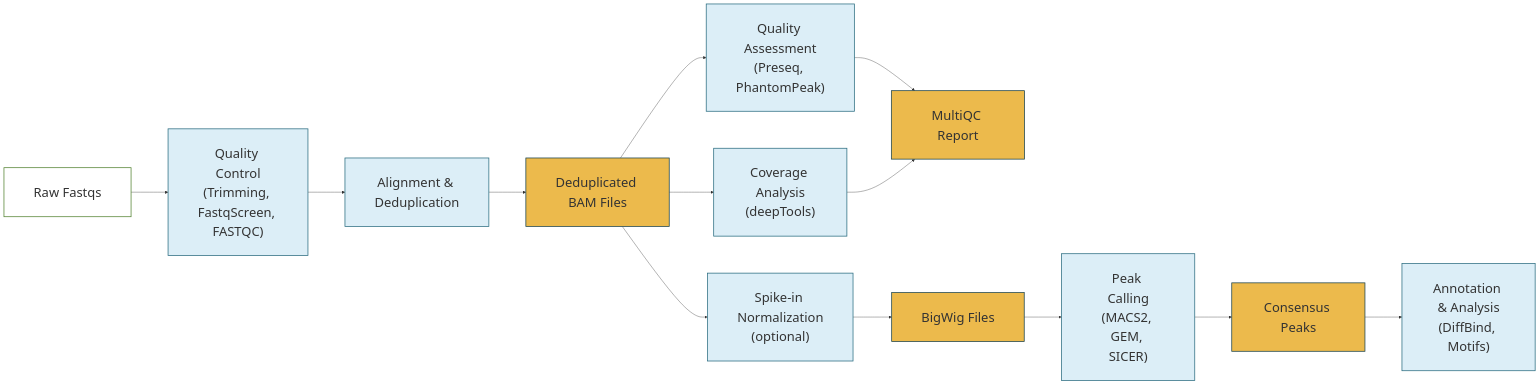
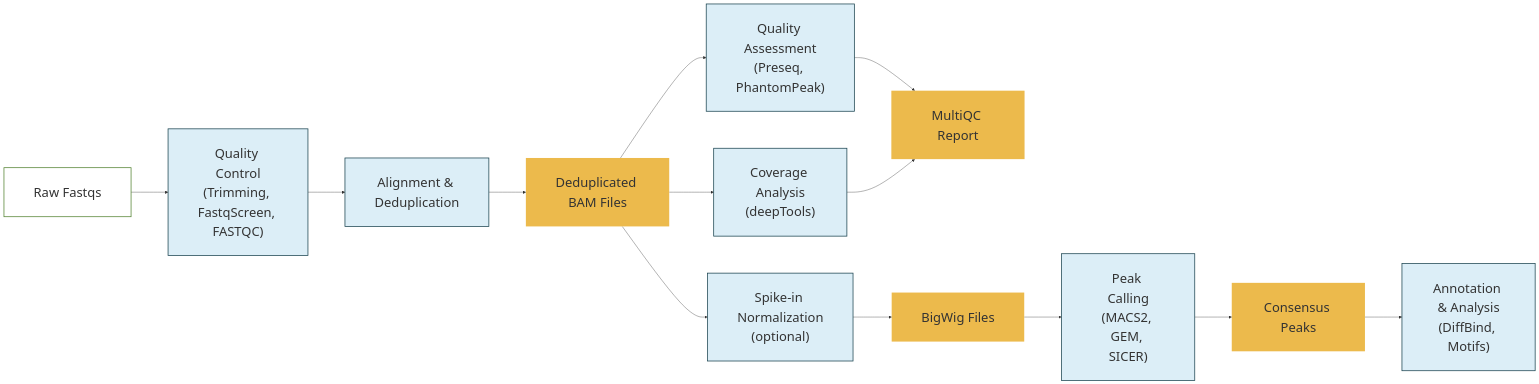
The diagram in docs/diagram/overview.md (CCBR/CHAMPAGNE), drawn with Mermaid before and after one commit. The commit also changed 1 other file, not shown here.

Commit message:
style: border color

````diff
--- a/docs/diagram/overview.md
+++ b/docs/diagram/overview.md
@@ -1,36 +1,36 @@
 ```mermaid
 flowchart LR
 
 %%{init: {
   "themeVariables": {
      "background": "transparent",
      "fontSize": "35px" },
   "flowchart": {
     "nodeSpacing": 100,
     "rankSpacing": 100,
     "padding": 40,
     "htmlLabels": true
 }}}%%
 
   %% High-level stages
   Raw["Raw Fastqs"]:::input
   Raw --> QC["Quality Control<br/>(Trimming, FastqScreen, FASTQC)"]:::process
   QC --> Align["Alignment & Deduplication"]:::process
   Align --> BAMs["Deduplicated BAM Files"]:::output
 
   BAMs --> Assessment["Quality Assessment<br/>(Preseq, PhantomPeak)"]:::process
   BAMs --> Deeptools["Coverage Analysis<br/>(deepTools)"]:::process
   BAMs --> Norm["Spike-in Normalization<br/>(optional)"]:::process
 
   Assessment --> Reports["MultiQC Report"]:::output
   Deeptools --> Reports
   Norm --> Bigwigs["BigWig Files"]:::output
   Bigwigs --> Peaks["Peak Calling<br/>(MACS2, GEM, SICER)"]:::process
   Peaks --> Consensus["Consensus Peaks"]:::output
   Consensus --> Downstream["Annotation & Analysis<br/>(DiffBind, Motifs)"]:::process
 
   %% Styles - FNL branding theme
   classDef input fill:#ffffff,stroke:#528230,stroke-width:2px;
-  classDef process fill:#dceef7,stroke:#296b7f,stroke-width:2px;
-  classDef output fill:#ecba4c,stroke:#19424e,stroke-width:2px;
+  classDef process fill:#dceef7,stroke:#19424e,stroke-width:2px;
+  classDef output fill:#ecba4c,stroke:none;
 ```
````
